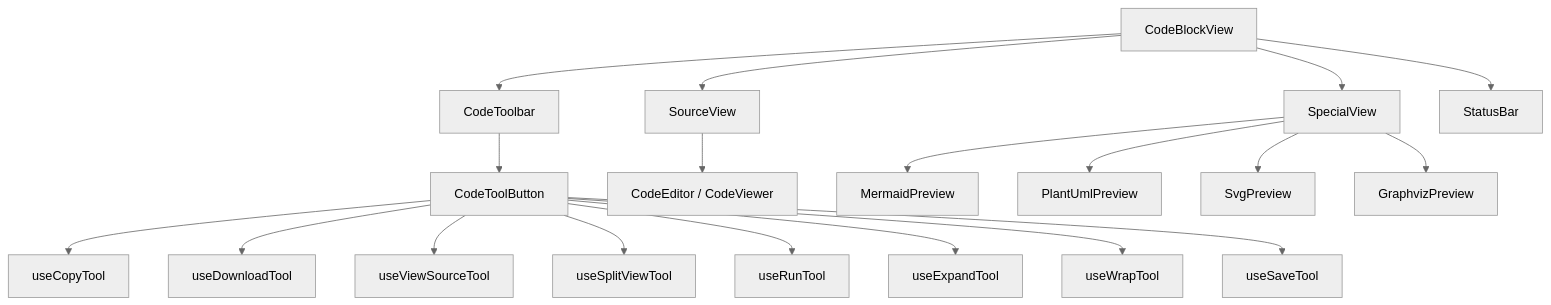
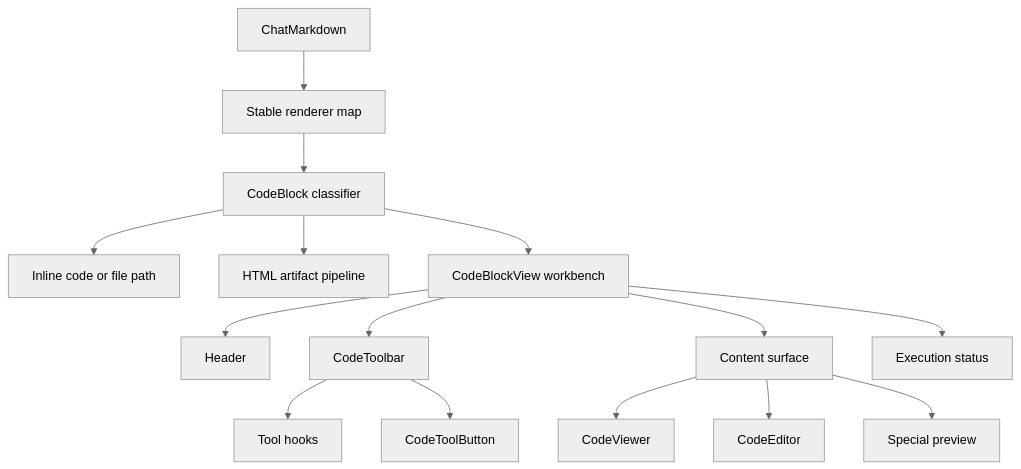
The diagram in docs/references/components/code-block-view.md (CherryHQ/cherry-studio), drawn with Mermaid (neutral theme) before and after one commit. The commit also changed other lines of this file and 17 other files, not shown here.

Commit message:
fix(code-block-view): preserve streamed code block identity

````diff
--- a/docs/references/components/code-block-view.md
+++ b/docs/references/components/code-block-view.md
@@ -9,25 +14,20 @@
 ```mermaid
 graph TD
-    A[CodeBlockView] --> B[CodeToolbar]
-    A --> C[SourceView]
-    A --> D[SpecialView]
-    A --> E[StatusBar]
+    A[ChatMarkdown] --> B[Stable renderer map]
+    B --> C[CodeBlock classifier]
+    C --> D[Inline code or file path]
+    C --> E[HTML artifact pipeline]
+    C --> F[CodeBlockView workbench]
 
-    B --> F[CodeToolButton]
+    F --> G[Header]
+    F --> H[CodeToolbar]
+    F --> I[Content surface]
+    F --> J[Execution status]
 
-    C --> G[CodeEditor / CodeViewer]
+    H --> K[Tool hooks]
+    H --> L[CodeToolButton]
 
-    D --> H[MermaidPreview]
-    D --> I[PlantUmlPreview]
-    D --> J[SvgPreview]
-    D --> K[GraphvizPreview]
-
-    F --> L[useCopyTool]
-    F --> M[useDownloadTool]
-    F --> N[useViewSourceTool]
-    F --> O[useSplitViewTool]
-    F --> P[useRunTool]
-    F --> Q[useExpandTool]
-    F --> R[useWrapTool]
-    F --> S[useSaveTool]
+    I --> M[CodeViewer]
+    I --> N[CodeEditor]
+    I --> O[Special preview]
 ```
````
